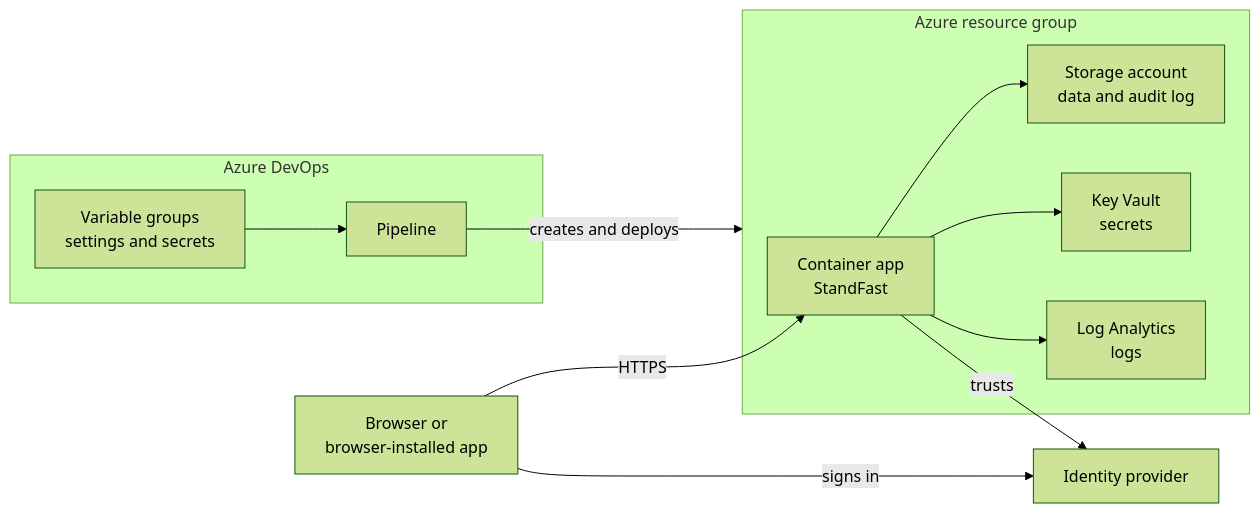
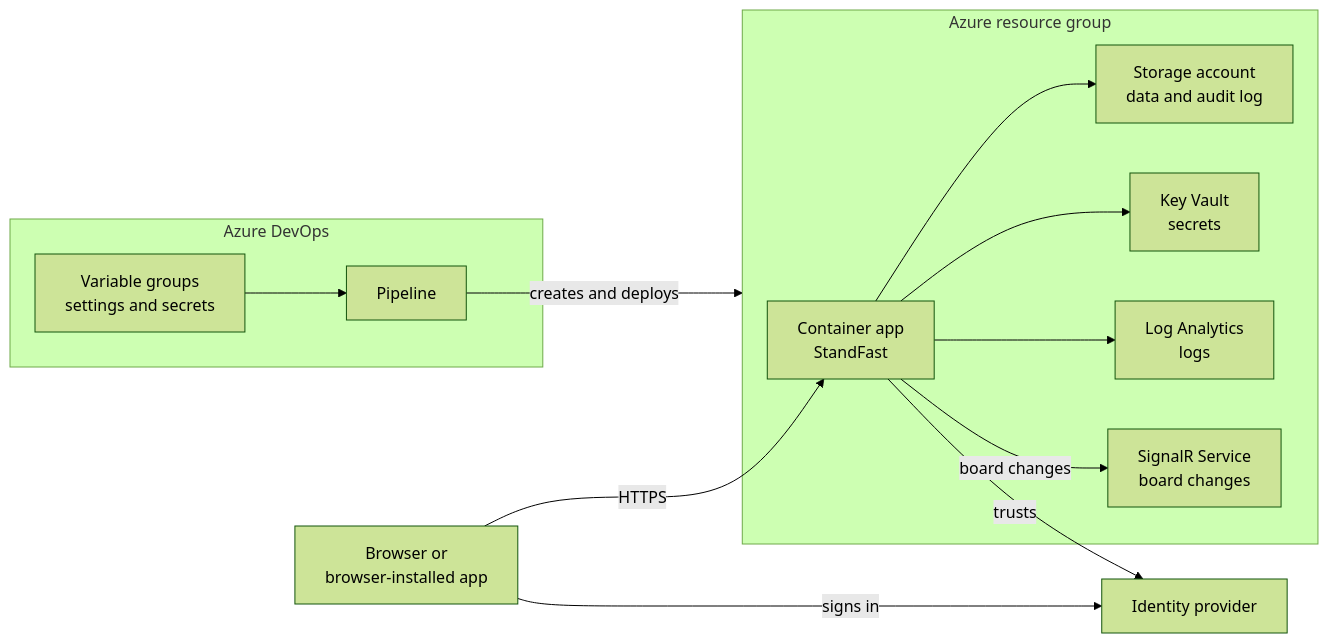
The second of 3 diagrams in README.md (geekfog/StandFast), drawn with Mermaid (forest theme) before and after one commit. The commit also changed other lines of this file and 25 other files, not shown here.

Commit message:
Everyone viewing the same standup and date now sees each other's board changes within moments, on any server, using Azure SignalR Service on its Free tier unless an environment's variable group sets another tier.

````diff
--- a/README.md
+++ b/README.md
@@ -123,24 +125,26 @@
 ```mermaid
 flowchart LR
     User["Browser or<br/>browser-installed app"]
     IdP["Identity provider"]
     subgraph DevOps["Azure DevOps"]
         Groups["Variable groups<br/>settings and secrets"]
         Pipeline["Pipeline"]
     end
     subgraph Azure["Azure resource group"]
         App["Container app<br/>StandFast"]
         Storage["Storage account<br/>data and audit log"]
         Vault["Key Vault<br/>secrets"]
         Logs["Log Analytics<br/>logs"]
+        SignalR["SignalR Service<br/>board changes"]
     end
 
     User -- HTTPS --> App
     User -- signs in --> IdP
     App -- trusts --> IdP
     App --> Storage
     App --> Vault
     App --> Logs
+    App -- board changes --> SignalR
     Groups --> Pipeline
     Pipeline -- creates and deploys --> Azure
 ```
````
